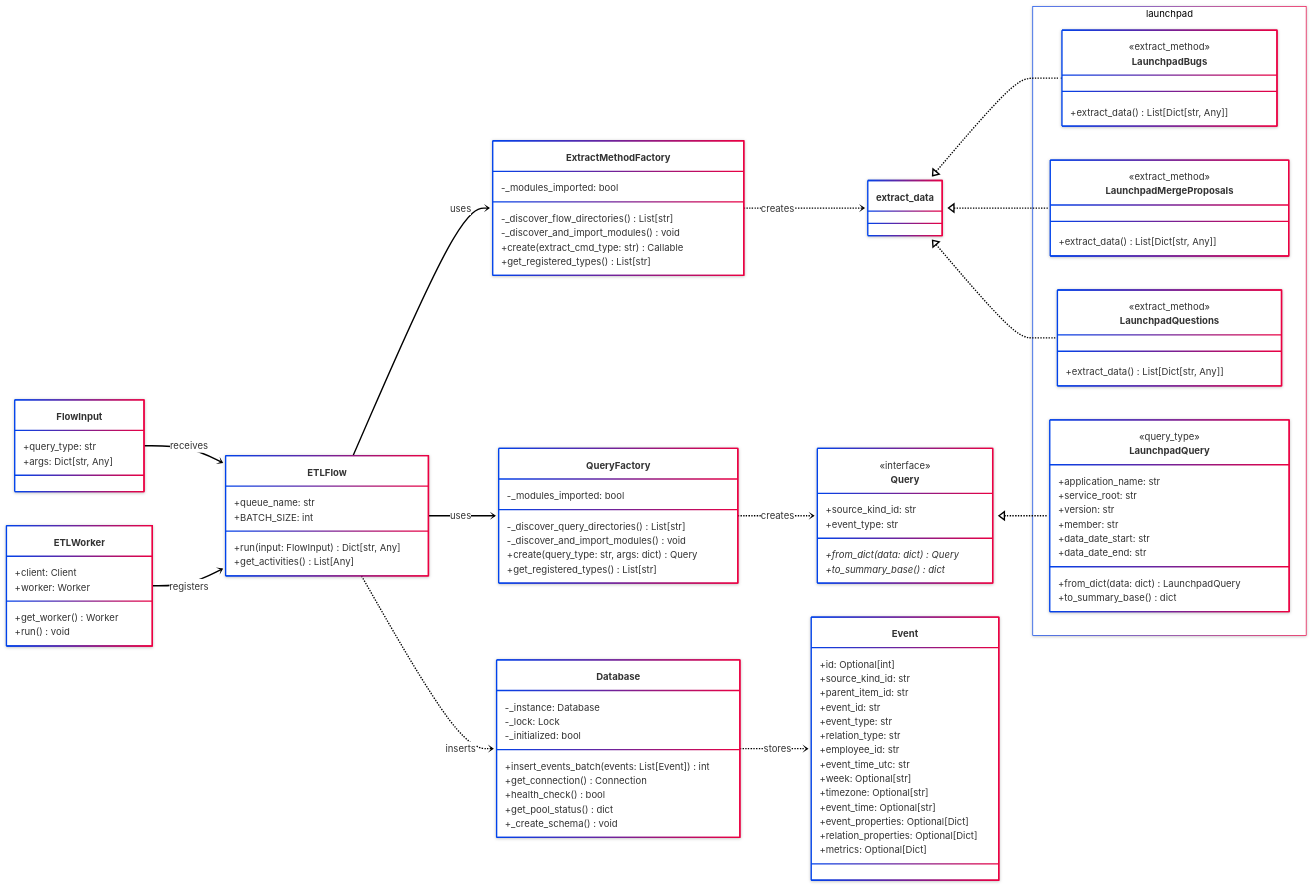
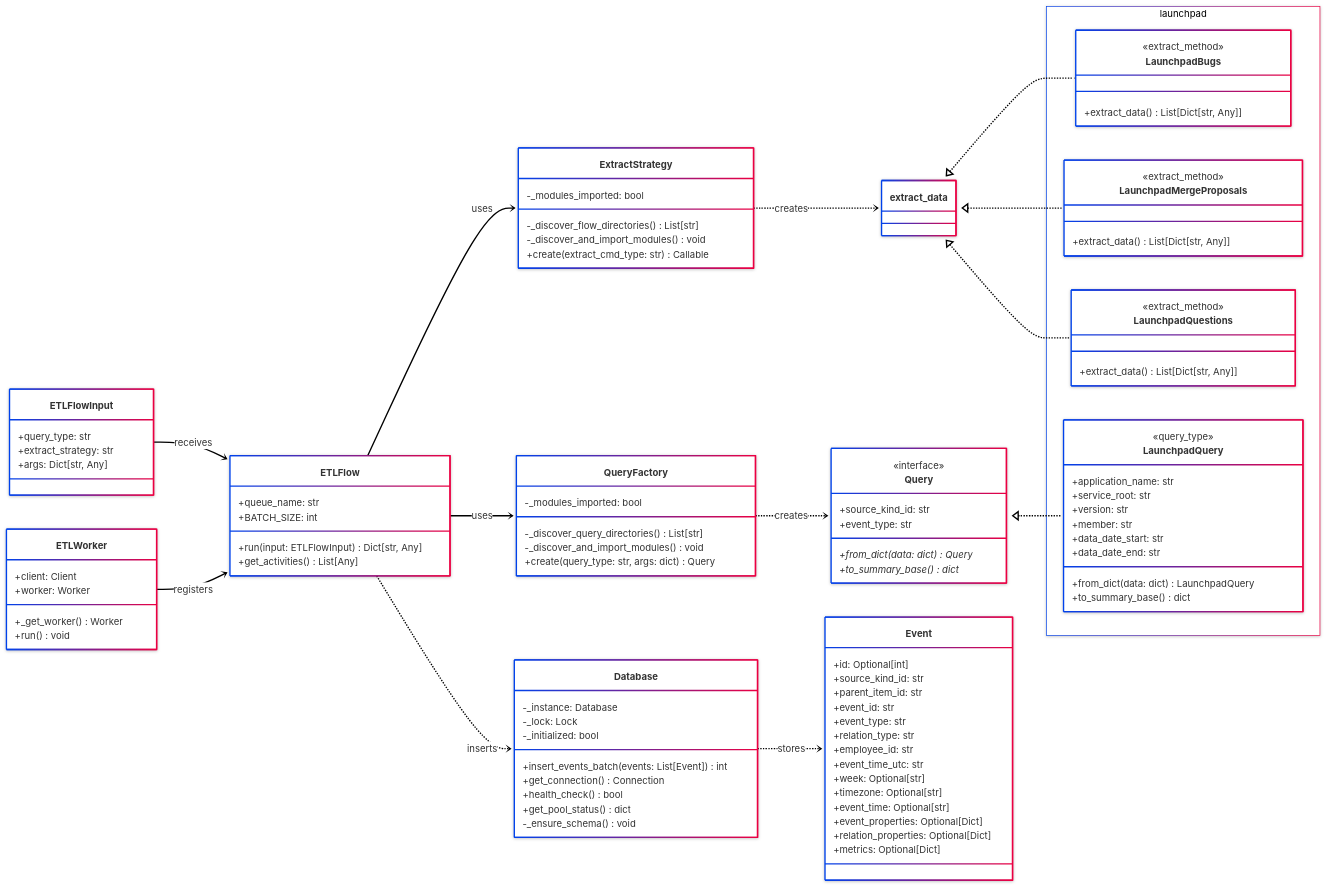
One commit to josecabralf/TemporalETL changed the diagram in README.md. Above: the diagram before and after it, drawn with Mermaid. The commit also changed other lines of this file and 2 other files, not shown here.

````diff
--- a/README.md
+++ b/README.md
@@ -47,12 +55,12 @@
 classDiagram
 direction LR
 
-    FlowInput --> ETLFlow : receives
+    ETLFlowInput --> ETLFlow : receives
 
     ETLWorker --> ETLFlow : registers
 
-    ETLFlow --> ExtractMethodFactory : uses
-    ExtractMethodFactory ..> extract_data : creates
+    ETLFlow --> ExtractStrategy : uses
+    ExtractStrategy ..> extract_data : creates
     extract_data <|.. LaunchpadBugs
     extract_data <|.. LaunchpadMergeProposals
     extract_data <|.. LaunchpadQuestions
@@ -67,28 +75,28 @@
     class ETLWorker {
         +client: Client
         +worker: Worker
-        +get_worker() Worker
+        +_get_worker() Worker
         +run() void
     }
 
-    class FlowInput {
+    class ETLFlowInput {
         +query_type: str
+        +extract_strategy: str
         +args: Dict[str, Any]
     }
 
     class ETLFlow {
         +queue_name: str
         +BATCH_SIZE: int
-        +run(input: FlowInput) Dict[str, Any]
+        +run(input: ETLFlowInput) Dict[str, Any]
         +get_activities() List[Any]
     }
 
-    class ExtractMethodFactory {
+    class ExtractStrategy {
         -_modules_imported: bool
         -_discover_flow_directories() List[str]
         -_discover_and_import_modules() void
         +create(extract_cmd_type: str) Callable
-        +get_registered_types() List[str]
     }
 
     class QueryFactory {
@@ -96,7 +104,6 @@
         -_discover_query_directories() List[str]
         -_discover_and_import_modules() void
         +create(query_type: str, args: dict) Query
-        +get_registered_types() List[str]
     }
 
     class Query {
@@ -161,6 +168,6 @@
         +get_connection() Connection
         +health_check() bool
         +get_pool_status() dict
-        +_create_schema() void
+        -_ensure_schema() void
     }
 ```
````
